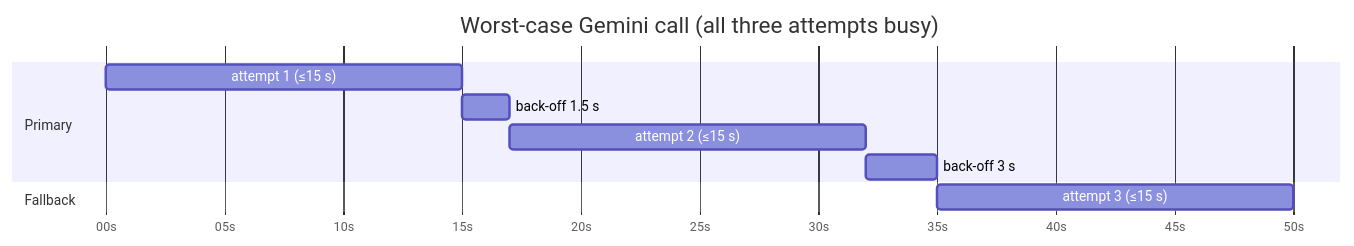
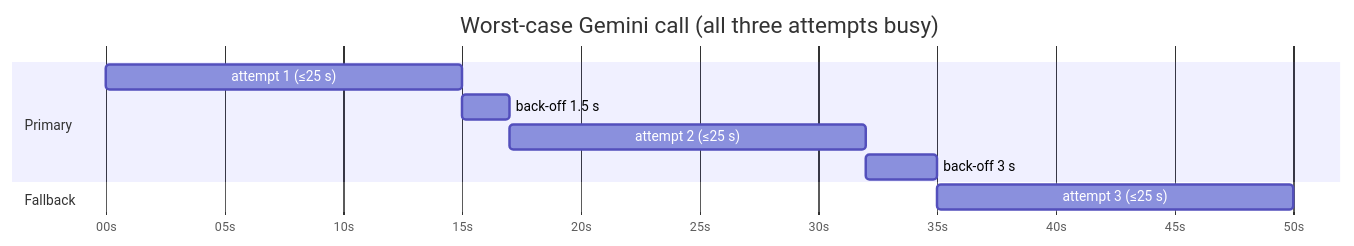
The eighth of 9 diagrams in docs/CODE_GUIDE.md (AbdelrahmanKatkat/nutrition_cam), drawn with Mermaid before and after one commit. The commit also changed other lines of this file and 1 other file, not shown here.

Commit message:
Worker: one 50 s budget for all Gemini attempts; fallback model before the main model retry
Per-attempt timeouts now share a total budget so the Worker replies before the browser's 60 s limit. A busy main model goes to the fallback model next. Removes an unused timeout constant. Guide timing updated.

````diff
--- a/docs/CODE_GUIDE.md
+++ b/docs/CODE_GUIDE.md
@@ -275,13 +275,13 @@
 ```mermaid
 gantt
     title Worst-case Gemini call (all three attempts busy)
     dateFormat  s
     axisFormat  %Ss
     section Primary
-    attempt 1 (≤15 s)      :a1, 0, 15s
+    attempt 1 (≤25 s)      :a1, 0, 15s
     back-off 1.5 s         :b1, after a1, 2s
-    attempt 2 (≤15 s)      :a2, after b1, 15s
+    attempt 2 (≤25 s)      :a2, after b1, 15s
     back-off 3 s           :b2, after a2, 3s
     section Fallback
-    attempt 3 (≤15 s)      :a3, after b2, 15s
+    attempt 3 (≤25 s)      :a3, after b2, 15s
 ```
````
